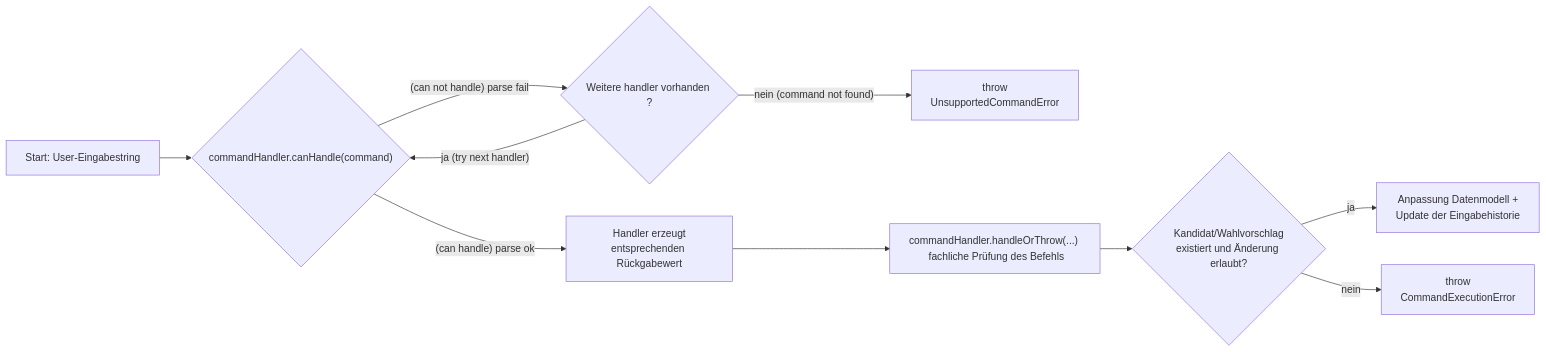
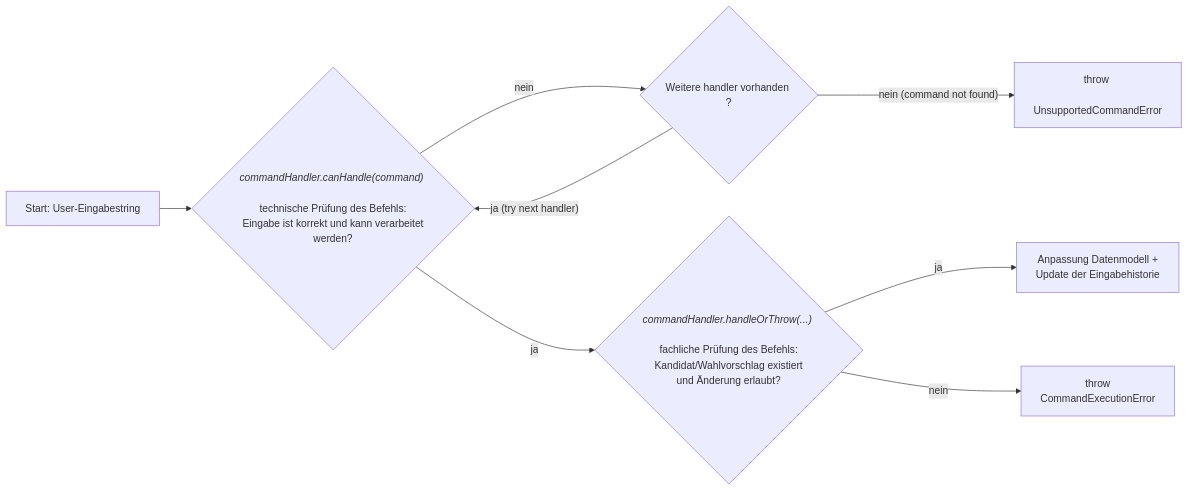
The fourth of 4 diagrams in docs/src/dse/index.md (it-at-m/Wahllokalsystem), drawn with Mermaid before and after one commit.

Commit message:
#3358 update diagram

````diff
--- a/docs/src/dse/index.md
+++ b/docs/src/dse/index.md
@@ -148,16 +148,14 @@
 ```mermaid
 flowchart LR
-    A["Start: User-Eingabestring"] --> B{"commandHandler.canHandle(command)"}
+    A["Start: User-Eingabestring"] --> B{"`_commandHandler.canHandle(command)_ <br/><br/> technische Prüfung des Befehls: <br/> Eingabe ist korrekt und kann verarbeitet werden?`"}
 
-    B -->|"(can not handle) parse fail"| C{"Weitere handler vorhanden ?"}
+    B -->|nein| C{"Weitere handler vorhanden ?"}
     
     C -->|"ja (try next handler)"| B
-    C -->|"nein (command not found)"| D["throw<br/>UnsupportedCommandError"]
+    C -->|"nein (command not found)"| D["throw <br/> UnsupportedCommandError"]
     
-    B -->|"(can handle) parse ok"| E["Handler erzeugt<br/>entsprechenden Rückgabewert"]
-    E --> F["commandHandler.handleOrThrow(...) <br/> fachliche Prüfung des Befehls"]
-    F --> G{"Kandidat/Wahlvorschlag<br/>existiert und Änderung erlaubt?"}
+    B -->|ja| F{"`_commandHandler.handleOrThrow(...)_ <br/><br/> fachliche Prüfung des Befehls: <br/> Kandidat/Wahlvorschlag existiert und Änderung erlaubt?`"}
 
-    G -->|ja| H["Anpassung Datenmodell +<br/>Update der Eingabehistorie"]
-    G -->|nein| J["throw <br/> CommandExecutionError"]
+    F -->|ja| H["Anpassung Datenmodell + <br/> Update der Eingabehistorie"]
+    F -->|nein| J["throw <br/> CommandExecutionError"]
 ```
````
